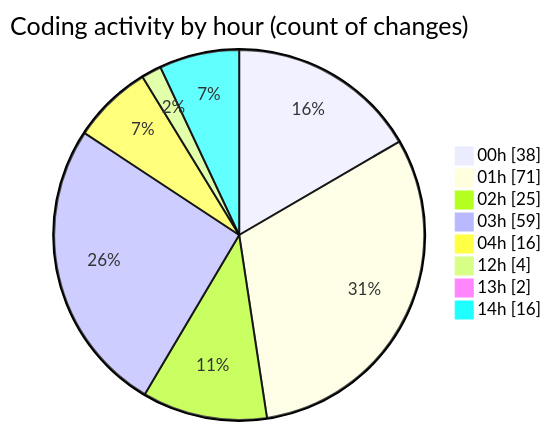
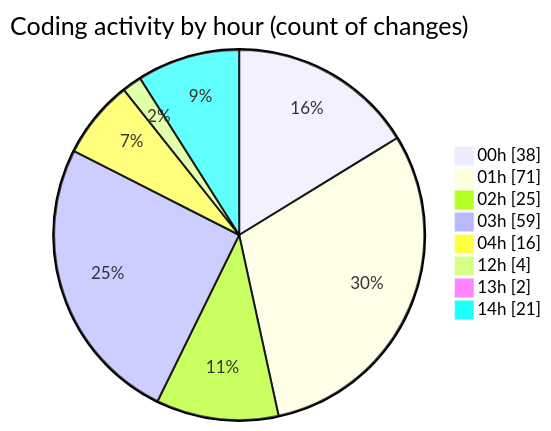
Before and after one commit to lephambinh05/code-tracking: the second of 2 diagrams in 2025-07-27/quanlyrapchieuphim-1/README.md, drawn with Mermaid. The commit also changed other lines of this file and 1 other file, not shown here.

````diff
--- a/2025-07-27/quanlyrapchieuphim-1/README.md
+++ b/2025-07-27/quanlyrapchieuphim-1/README.md
@@ -85,12 +87,12 @@
 ```mermaid
 pie showData
 title Coding activity by hour (count of changes)
 "00h" : 38
 "01h" : 71
 "02h" : 25
 "03h" : 59
 "04h" : 16
 "12h" : 4
 "13h" : 2
-"14h" : 16
+"14h" : 21
 ```
````
